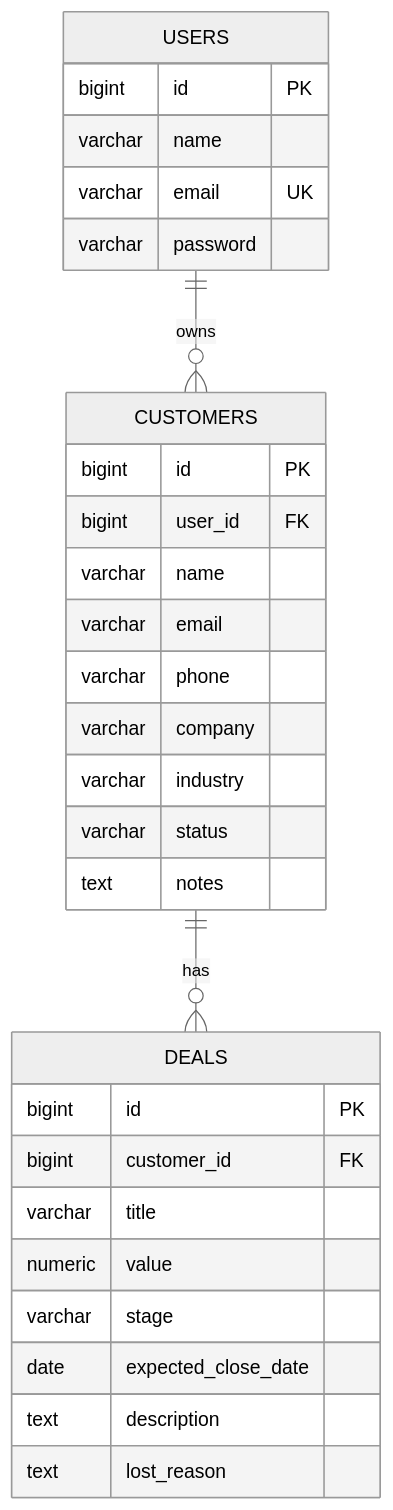
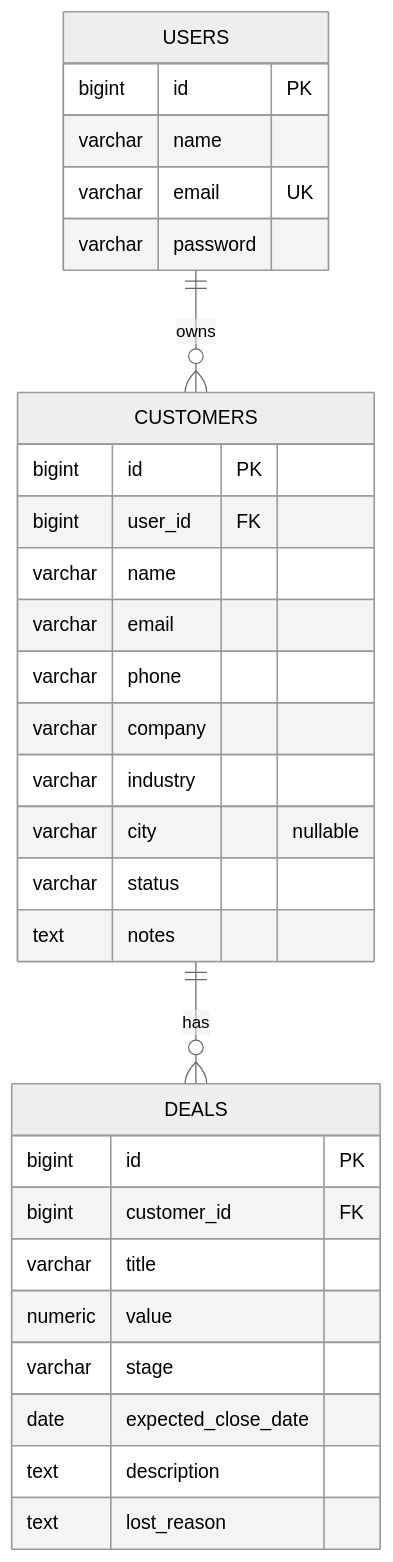
One commit to tamourax/CRMbackend changed the second of 2 diagrams in docs/ARCHITECTURE.md. Above: the diagram before and after it, drawn with Mermaid (neutral theme). The commit also changed other lines of this file and 13 other files, not shown here.

````diff
--- a/docs/ARCHITECTURE.md
+++ b/docs/ARCHITECTURE.md
@@ -25,32 +25,33 @@
 ```mermaid
 erDiagram
     USERS ||--o{ CUSTOMERS : owns
     CUSTOMERS ||--o{ DEALS : has
     USERS {
         bigint id PK
         varchar name
         varchar email UK
         varchar password
     }
     CUSTOMERS {
         bigint id PK
         bigint user_id FK
         varchar name
         varchar email
         varchar phone
         varchar company
         varchar industry
+        varchar city "nullable"
         varchar status
         text notes
     }
     DEALS {
         bigint id PK
         bigint customer_id FK
         varchar title
         numeric value
         varchar stage
         date expected_close_date
         text description
         text lost_reason
     }
 ```
````
